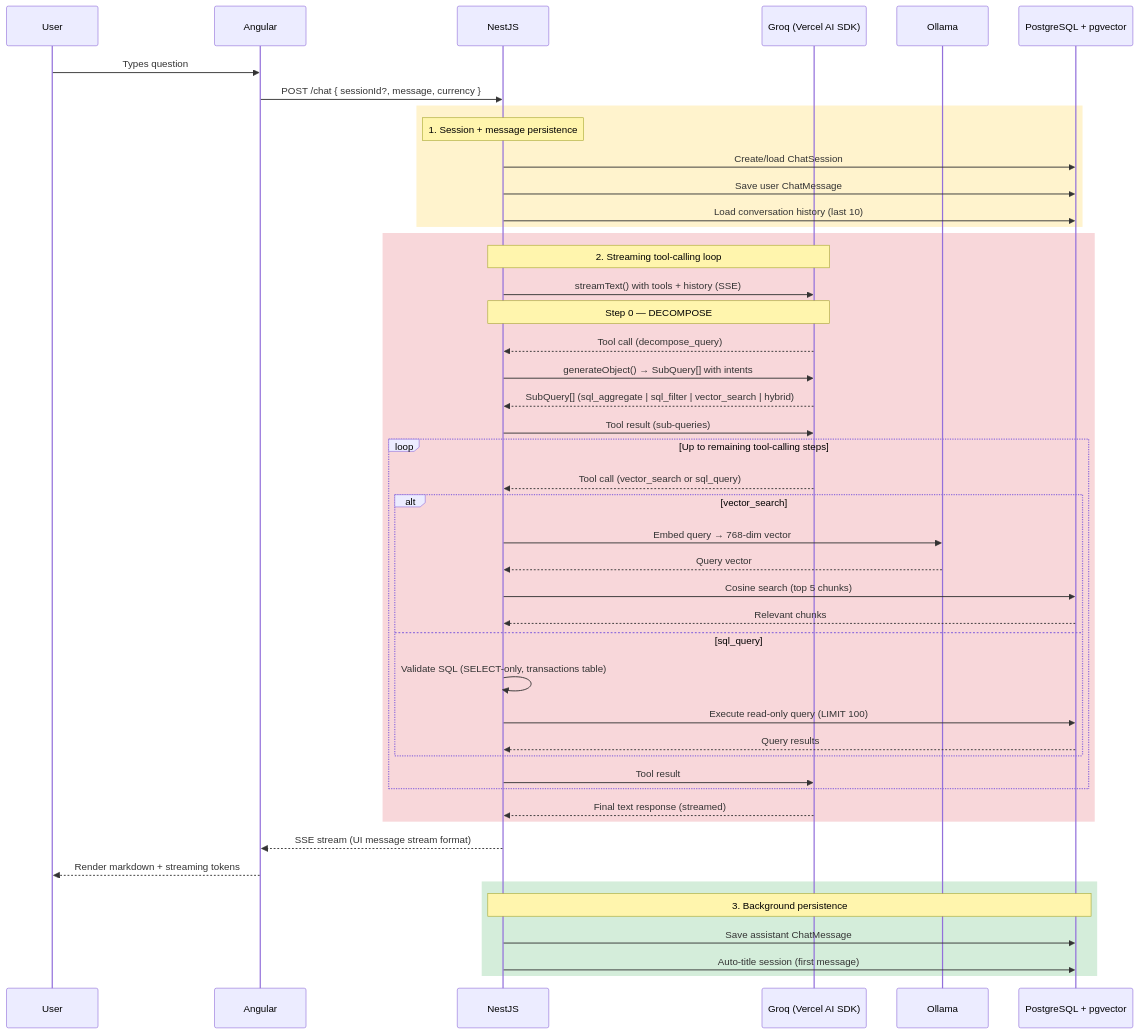
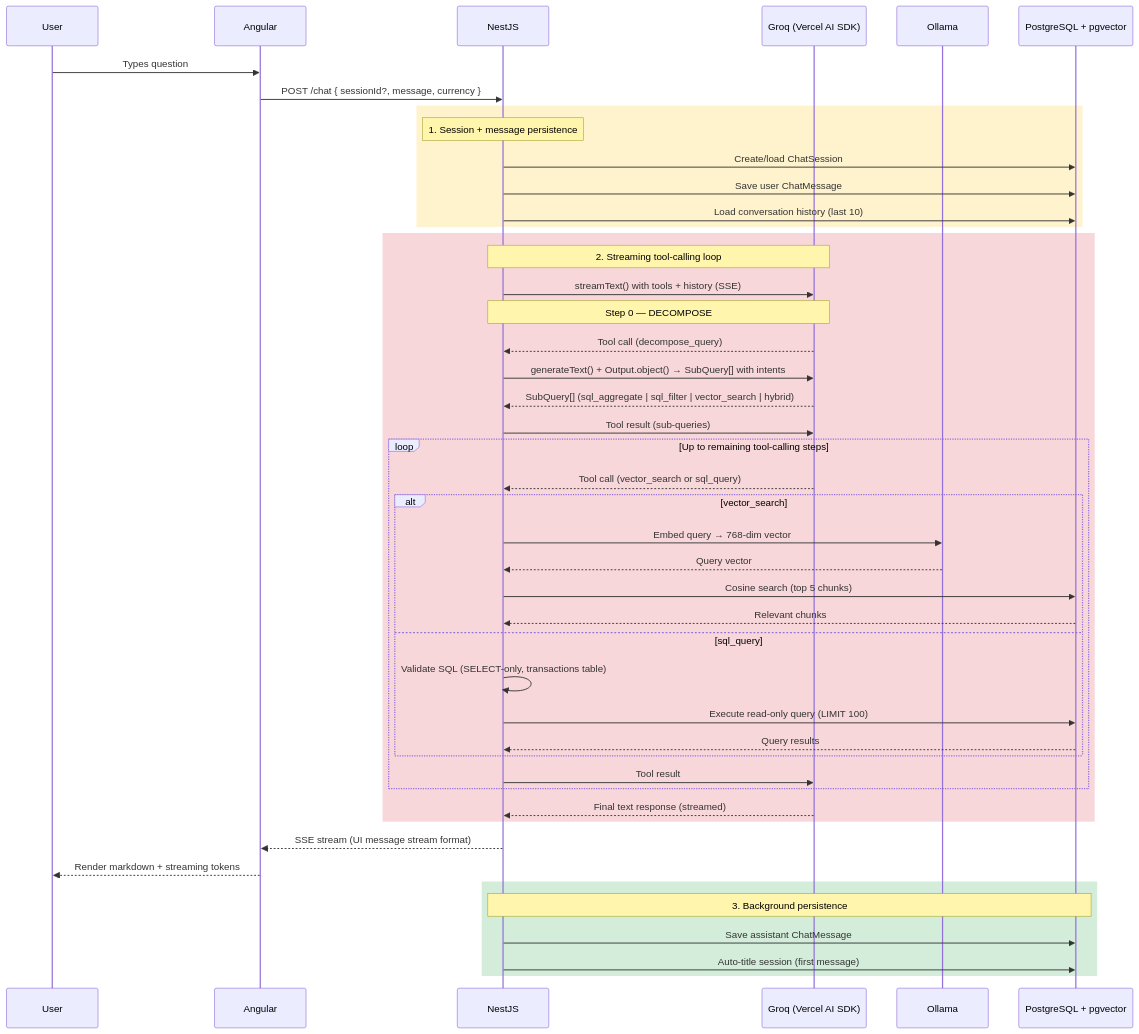
The third of 7 diagrams in docs/architecture.md (darth-dodo/ledge), drawn with Mermaid before and after one commit. The commit also changed other lines of this file and 7 other files, not shown here.

First line of the commit message:
docs: update all docs for qwen3-32b, generateText API, and Ollama Docker

````diff
--- a/docs/architecture.md
+++ b/docs/architecture.md
@@ -110,53 +110,53 @@
 ```mermaid
 sequenceDiagram
     participant User
     participant Angular
     participant NestJS
     participant Groq as Groq (Vercel AI SDK)
     participant Ollama as Ollama
     participant pgvector as PostgreSQL + pgvector
 
     User->>Angular: Types question
     Angular->>NestJS: POST /chat { sessionId?, message, currency }
 
     rect rgb(255, 243, 205)
         Note over NestJS: 1. Session + message persistence
         NestJS->>pgvector: Create/load ChatSession
         NestJS->>pgvector: Save user ChatMessage
         NestJS->>pgvector: Load conversation history (last 10)
     end
 
     rect rgb(248, 215, 218)
         Note over NestJS,Groq: 2. Streaming tool-calling loop
         NestJS->>Groq: streamText() with tools + history (SSE)
         Note over NestJS,Groq: Step 0 — DECOMPOSE
         Groq-->>NestJS: Tool call (decompose_query)
-        NestJS->>Groq: generateObject() → SubQuery[] with intents
+        NestJS->>Groq: generateText() + Output.object() → SubQuery[] with intents
         Groq-->>NestJS: SubQuery[] (sql_aggregate | sql_filter | vector_search | hybrid)
         NestJS->>Groq: Tool result (sub-queries)
         loop Up to remaining tool-calling steps
             Groq-->>NestJS: Tool call (vector_search or sql_query)
             alt vector_search
                 NestJS->>Ollama: Embed query → 768-dim vector
                 Ollama-->>NestJS: Query vector
                 NestJS->>pgvector: Cosine search (top 5 chunks)
                 pgvector-->>NestJS: Relevant chunks
             else sql_query
                 NestJS->>NestJS: Validate SQL (SELECT-only, transactions table)
                 NestJS->>pgvector: Execute read-only query (LIMIT 100)
                 pgvector-->>NestJS: Query results
             end
             NestJS->>Groq: Tool result
         end
         Groq-->>NestJS: Final text response (streamed)
     end
 
     NestJS-->>Angular: SSE stream (UI message stream format)
     Angular-->>User: Render markdown + streaming tokens
 
     rect rgb(212, 237, 218)
         Note over NestJS,pgvector: 3. Background persistence
         NestJS->>pgvector: Save assistant ChatMessage
         NestJS->>pgvector: Auto-title session (first message)
     end
 ```
````
